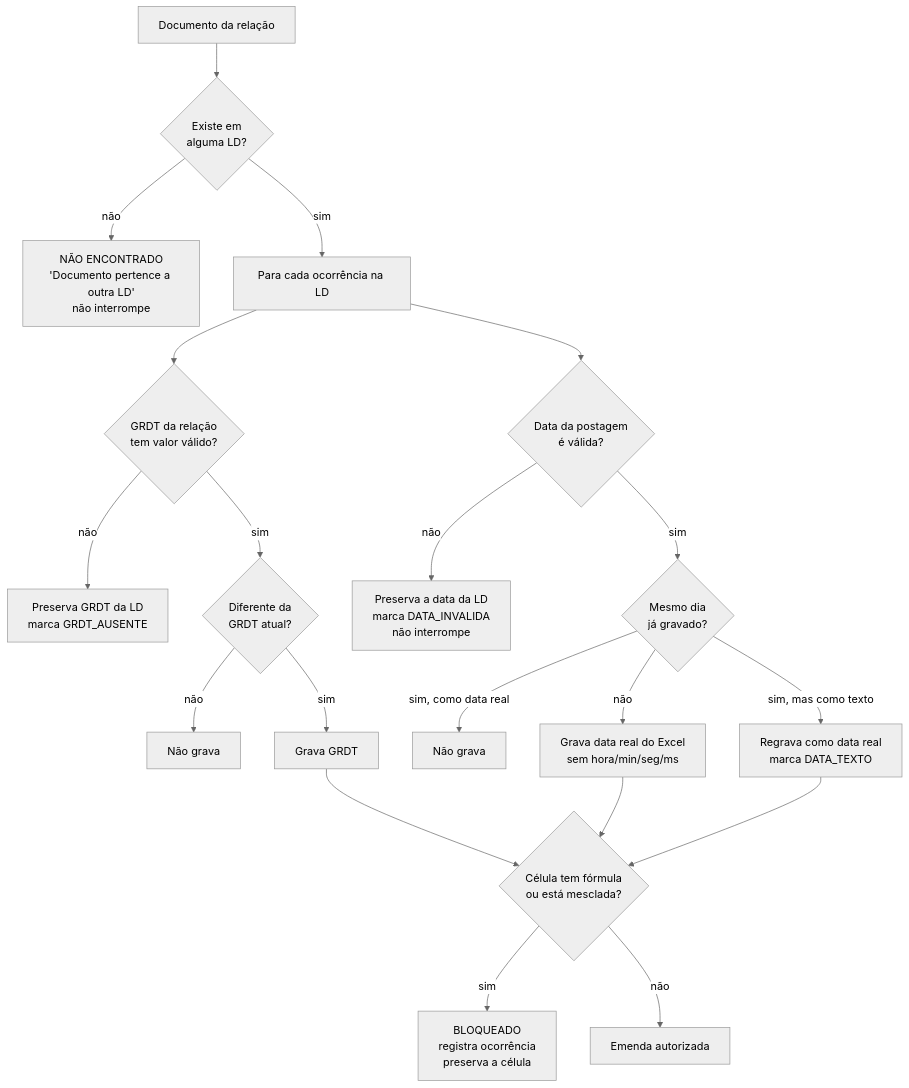
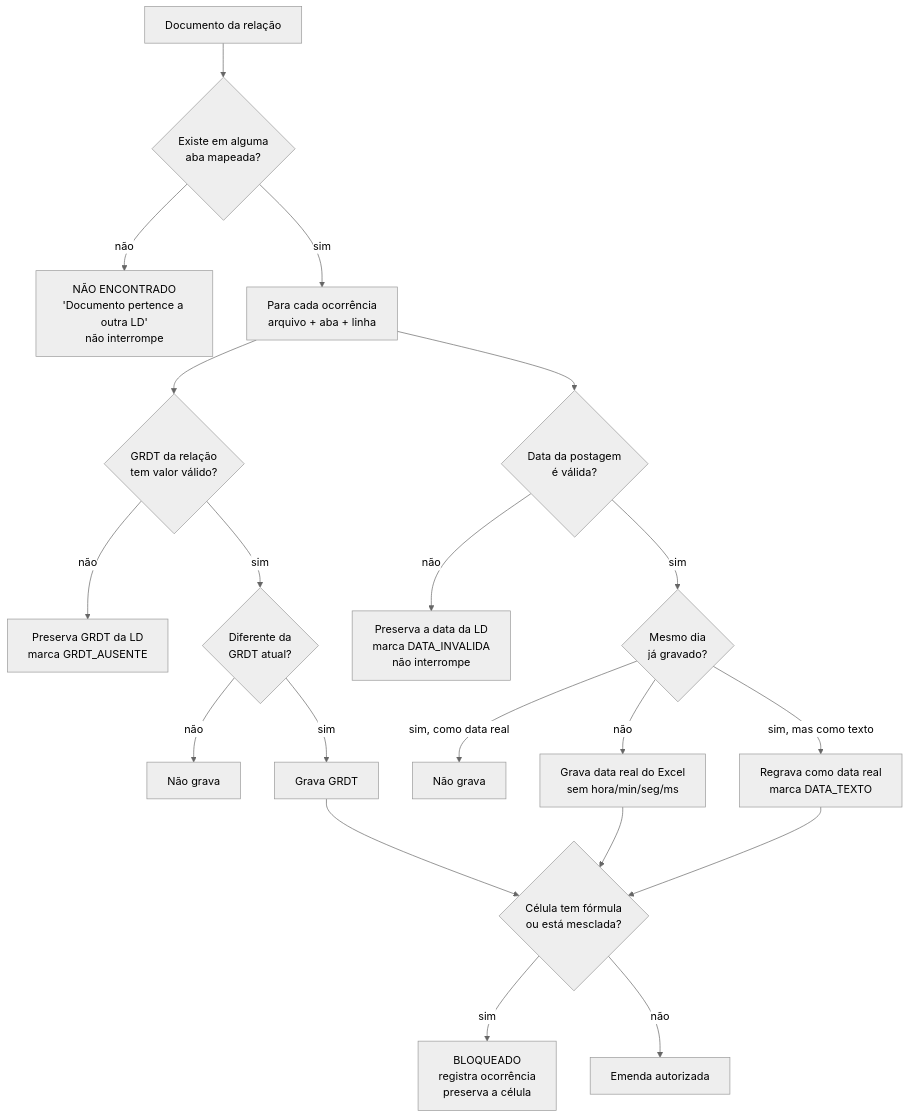
One commit to dw-glitch/Vincula changed the second of 2 diagrams in docs/FLUXO.md. Above: the diagram before and after it, drawn with Mermaid (neutral theme). The commit also changed other lines of this file and 17 other files, not shown here.

````diff
--- a/docs/FLUXO.md
+++ b/docs/FLUXO.md
@@ -67,25 +71,25 @@
 ```mermaid
 flowchart TD
-    S[Documento da relação] --> T{Existe em<br/>alguma LD?}
+    S[Documento da relação] --> T{Existe em alguma<br/>aba mapeada?}
     T -->|não| U[NÃO ENCONTRADO<br/>'Documento pertence a outra LD'<br/>não interrompe]
-    T -->|sim| V[Para cada ocorrência na LD]
+    T -->|sim| V[Para cada ocorrência<br/>arquivo + aba + linha]
 
     V --> W{GRDT da relação<br/>tem valor válido?}
     W -->|não| W1[Preserva GRDT da LD<br/>marca GRDT_AUSENTE]
     W -->|sim| W2{Diferente da<br/>GRDT atual?}
     W2 -->|não| W3[Não grava]
     W2 -->|sim| W4[Grava GRDT]
 
     V --> X{Data da postagem<br/>é válida?}
     X -->|não| X1[Preserva a data da LD<br/>marca DATA_INVALIDA<br/>não interrompe]
     X -->|sim| X2{Mesmo dia<br/>já gravado?}
     X2 -->|sim, como data real| X3[Não grava]
     X2 -->|sim, mas como texto| X4[Regrava como data real<br/>marca DATA_TEXTO]
     X2 -->|não| X5[Grava data real do Excel<br/>sem hora/min/seg/ms]
 
     W4 --> Y{Célula tem fórmula<br/>ou está mesclada?}
     X5 --> Y
     X4 --> Y
     Y -->|sim| Y1[BLOQUEADO<br/>registra ocorrência<br/>preserva a célula]
     Y -->|não| Y2[Emenda autorizada]
 ```
````
